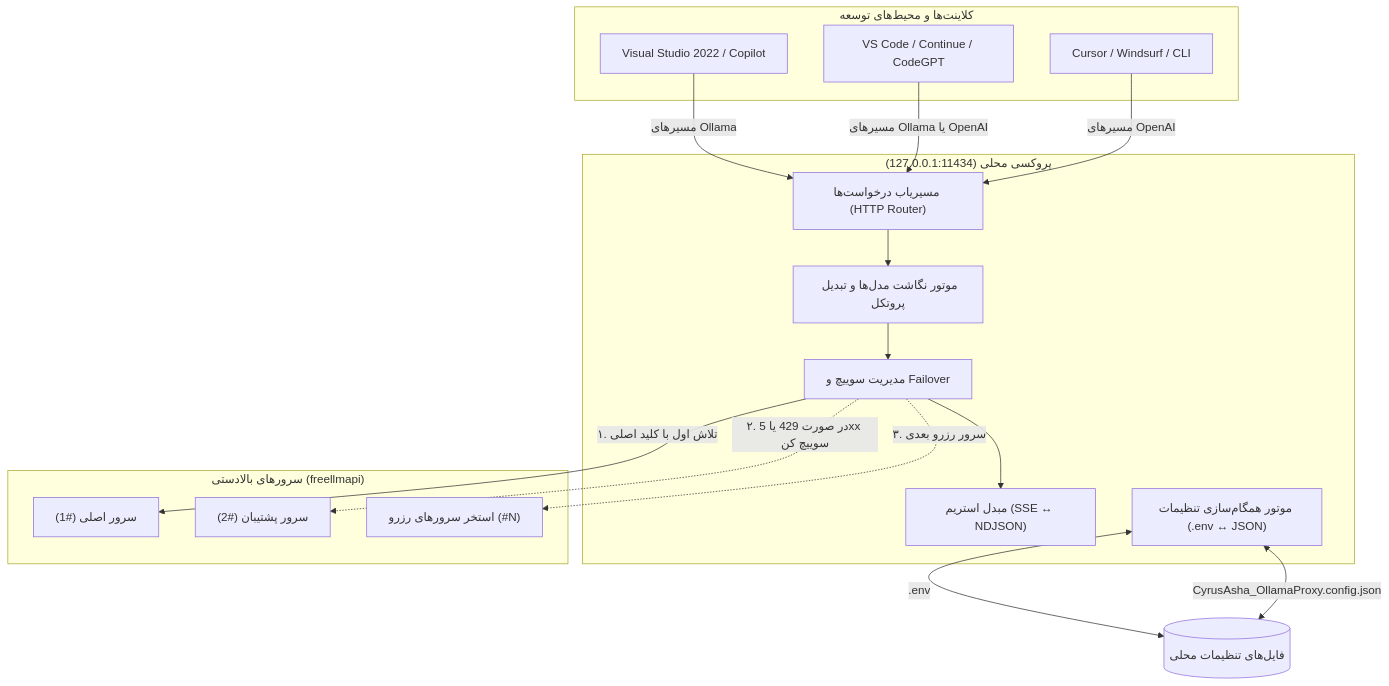
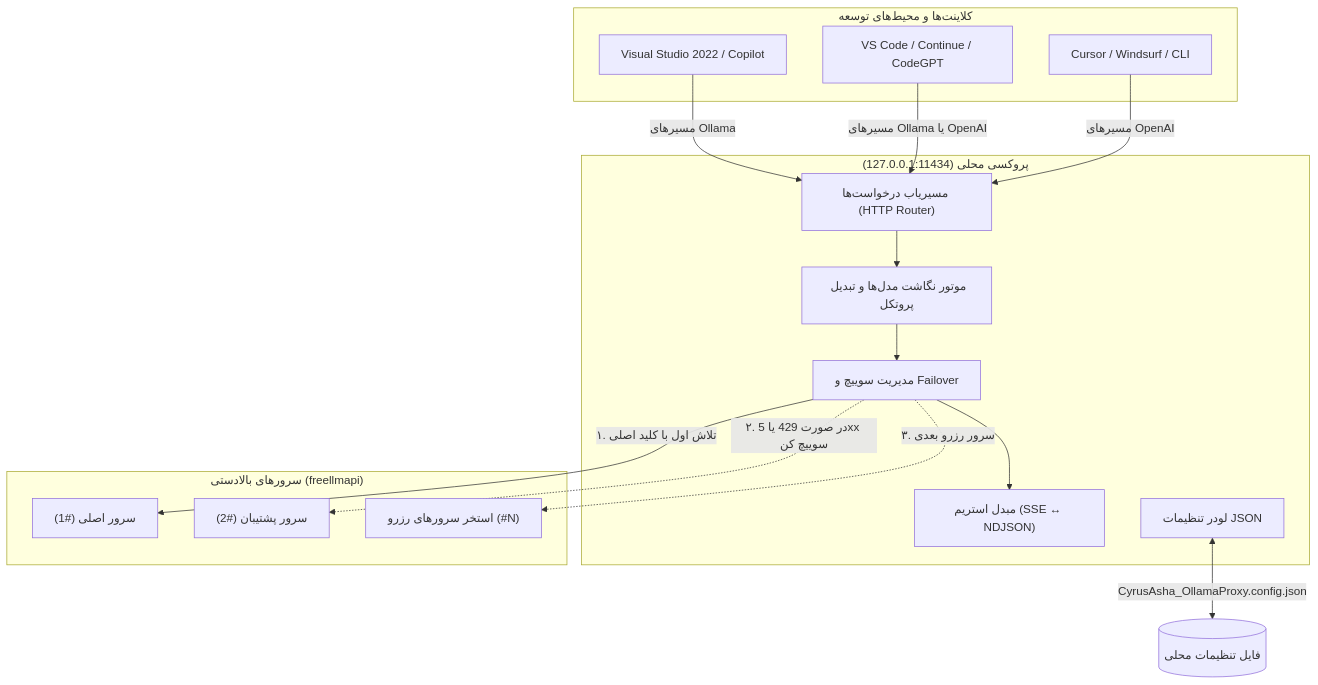
The second of 2 diagrams in README.md (hamzeh-asadi/CyrusAsha_OllamaProxy), drawn with Mermaid before and after one commit. The commit also changed other lines of this file and 12 other files, not shown here.

First line of the commit message:
feat!: single JSON config and per-upstream model routing

````diff
--- a/README.md
+++ b/README.md
@@ -540,37 +180,36 @@
 ```mermaid
 flowchart TD
     subgraph Clients["کلاینت‌ها و محیط‌های توسعه"]
         VS["Visual Studio 2022 / Copilot"]
         VSC["VS Code / Continue / CodeGPT"]
         CUR["Cursor / Windsurf / CLI"]
     end
 
     subgraph Proxy["پروکسی محلی (127.0.0.1:11434)"]
         Router["مسیریاب درخواست‌ها (HTTP Router)"]
         Mapper["موتور نگاشت مدل‌ها و تبدیل پروتکل"]
         Failover["مدیریت سوییچ و Failover"]
         StreamEngine["مبدل استریم (SSE ↔ NDJSON)"]
-        SyncEngine["موتور همگام‌سازی تنظیمات (.env ↔ JSON)"]
+        ConfigLoader["لودر تنظیمات JSON"]
     end
 
     subgraph Upstreams["سرورهای بالادستی (freellmapi)"]
         U1["سرور اصلی (#1)"]
         U2["سرور پشتیبان (#2)"]
         UN["استخر سرورهای رزرو (#N)"]
     end
 
     VS -->|مسیرهای Ollama| Router
     VSC -->|مسیرهای Ollama یا OpenAI| Router
     CUR -->|مسیرهای OpenAI| Router
 
     Router --> Mapper
     Mapper --> Failover
     Failover --> StreamEngine
 
     Failover -->|"۱. تلاش اول با کلید اصلی"| U1
     Failover -.->|"۲. در صورت 429 یا 5xx سوییچ کن"| U2
     Failover -.->|"۳. سرور رزرو بعدی"| UN
 
-    SyncEngine <-->|".env"| ConfigFiles[("فایل‌های تنظیمات محلی")]
-    SyncEngine <-->|"CyrusAsha_OllamaProxy.config.json"| ConfigFiles
+    ConfigLoader <-->|"CyrusAsha_OllamaProxy.config.json"| ConfigFile[("فایل تنظیمات محلی")]
 ```
````
